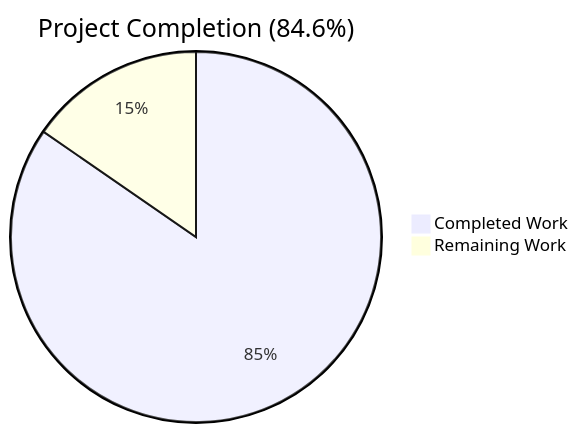
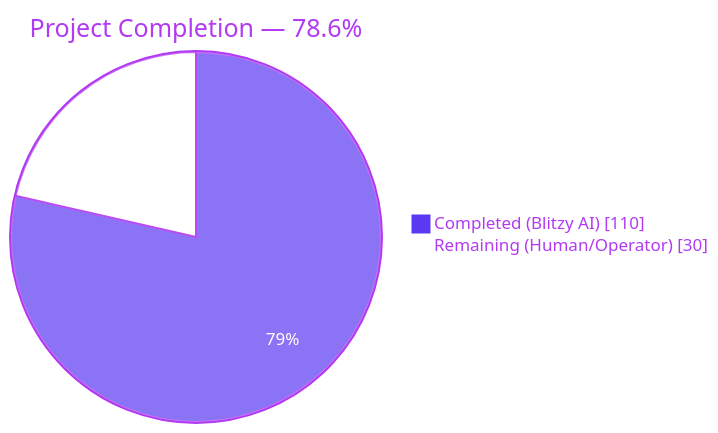
The first of 5 diagrams in blitzy/documentation/Project Guide.md (Blitzy-Sandbox/blitzy-trinket-oss), drawn with Mermaid before and after one commit. The commit also changed other lines of this file, not shown here.

Commit message:
Adding Blitzy Project Guide: Project Status and Human Tasks Remaining

````diff
--- a/blitzy/documentation/Project Guide.md
+++ b/blitzy/documentation/Project Guide.md
@@ -11,5 +19,7 @@
 ```mermaid
-pie title Project Completion (84.6%)
-    "Completed Work" : 110
-    "Remaining Work" : 20
+%%{init: {'theme':'base','themeVariables':{'pie1':'#5B39F3','pie2':'#FFFFFF','pieStrokeColor':'#B23AF2','pieOuterStrokeColor':'#B23AF2','pieTitleTextColor':'#B23AF2','pieSectionTextColor':'#FFFFFF','pieLegendTextColor':'#B23AF2'}}}%%
+pie showData
+    title Project Completion — 78.6%
+    "Completed (Blitzy AI)" : 110
+    "Remaining (Human/Operator)" : 30
 ```
````
